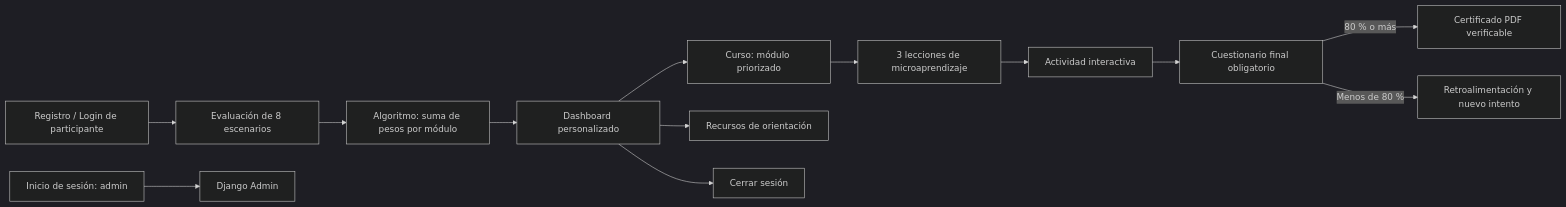
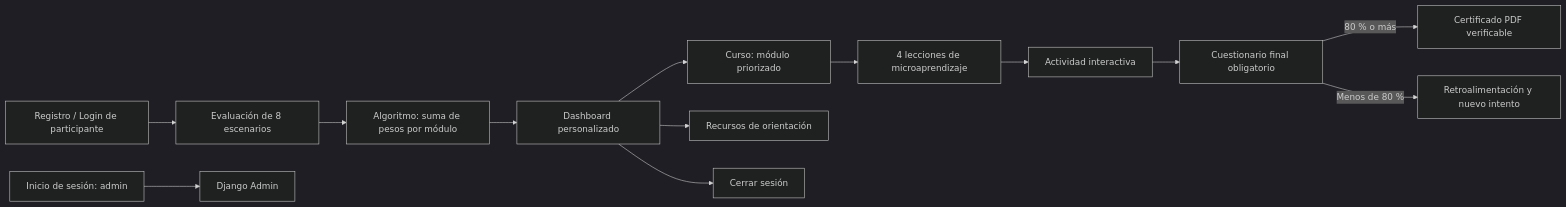
One commit to Shirley0702/plataforma-ciberacoso changed the diagram in docs/mapa_pantallas.md. Above: the diagram before and after it, drawn with Mermaid (dark theme). The commit also changed other lines of this file and 16 other files, not shown here.

````diff
--- a/docs/mapa_pantallas.md
+++ b/docs/mapa_pantallas.md
@@ -3,15 +3,15 @@
 ```mermaid
 flowchart LR
     R["Registro / Login de participante"] --> D["Evaluación de 8 escenarios"]
     D --> A["Algoritmo: suma de pesos por módulo"]
     A --> P["Dashboard personalizado"]
     P --> C["Curso: módulo priorizado"]
-    C --> L["3 lecciones de microaprendizaje"]
+    C --> L["4 lecciones de microaprendizaje"]
     L --> I["Actividad interactiva"]
     I --> Q["Cuestionario final obligatorio"]
     Q -->|"80 % o más"| CE["Certificado PDF verificable"]
     Q -->|"Menos de 80 %"| RE["Retroalimentación y nuevo intento"]
     P --> O["Recursos de orientación"]
     P --> S["Cerrar sesión"]
     ADM["Inicio de sesión: admin"] --> DA["Django Admin"]
 ```
````
